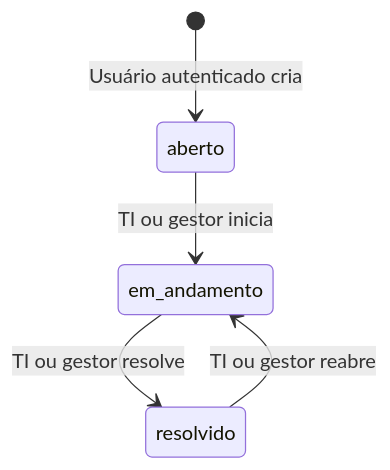
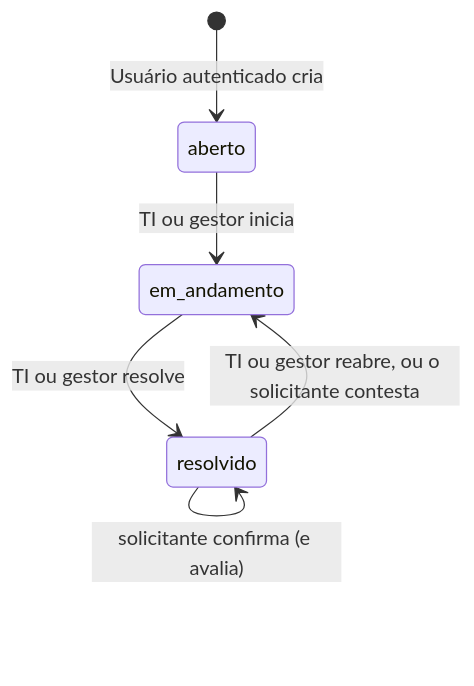
One commit to FIDEL7Z/it-helpdesk changed the diagram in docs/03-fluxos-e-api.md. Above: the diagram before and after it, drawn with Mermaid. The commit also changed other lines of this file and 6 other files, not shown here.

````diff
--- a/docs/03-fluxos-e-api.md
+++ b/docs/03-fluxos-e-api.md
@@ -44,7 +50,8 @@
 ```mermaid
 stateDiagram-v2
   [*] --> aberto: Usuário autenticado cria
   aberto --> em_andamento: TI ou gestor inicia
   em_andamento --> resolvido: TI ou gestor resolve
-  resolvido --> em_andamento: TI ou gestor reabre
+  resolvido --> em_andamento: TI ou gestor reabre, ou o solicitante contesta
+  resolvido --> resolvido: solicitante confirma (e avalia)
 ```
````
